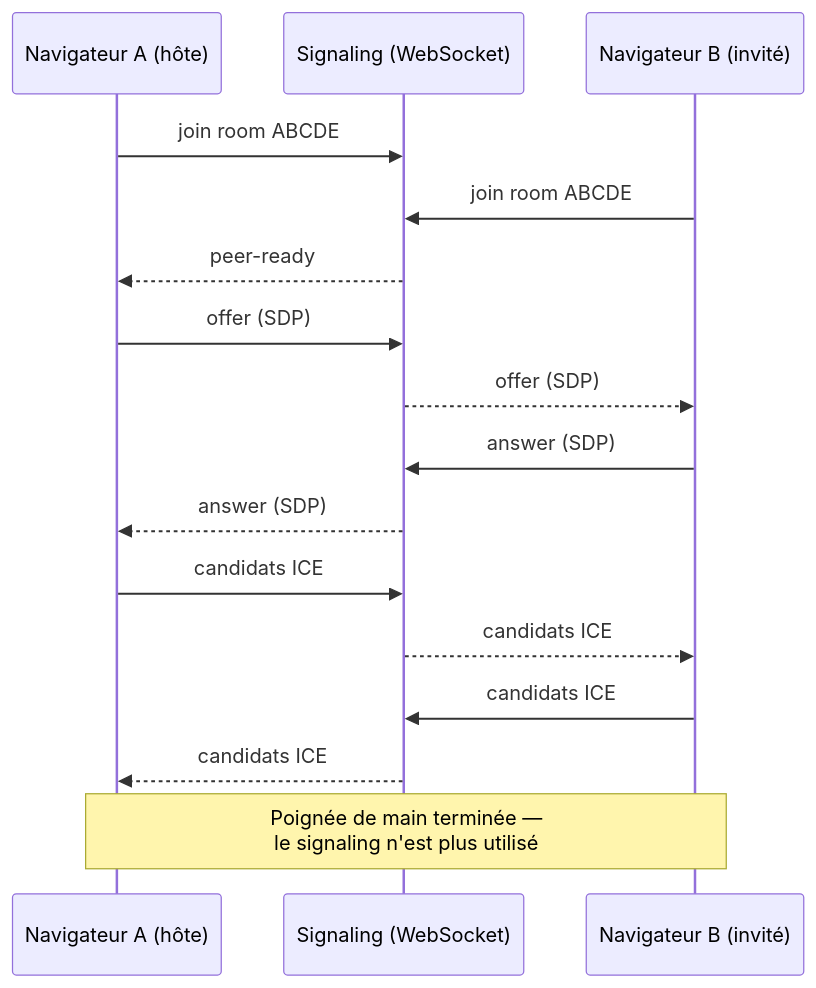
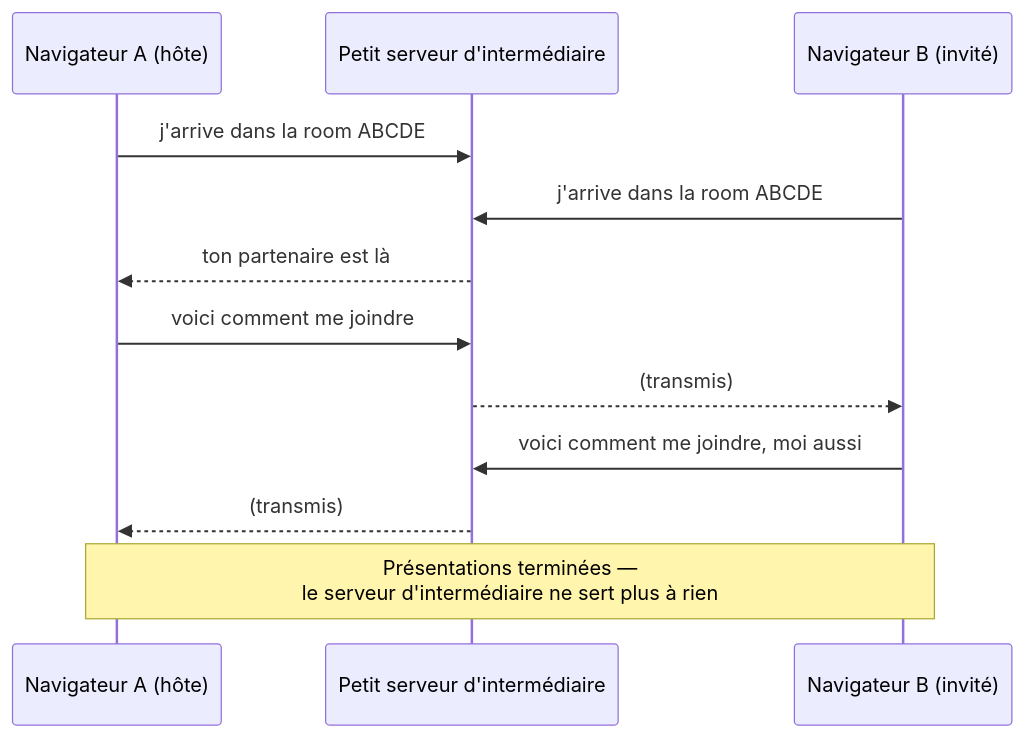
Before and after one commit to Pikatchu99/snaplover: the first of 2 diagrams in README.md, drawn with Mermaid. The commit also changed other lines of this file, not shown here.

First line of the commit message:
docs(repo): README encore plus accessible, moins de jargon technique

````diff
--- a/README.md
+++ b/README.md
@@ -48,19 +50,15 @@
 ```mermaid
 sequenceDiagram
     participant A as Navigateur A (hôte)
-    participant S as Signaling (WebSocket)
+    participant S as Petit serveur d'intermédiaire
     participant B as Navigateur B (invité)
 
-    A->>S: join room ABCDE
-    B->>S: join room ABCDE
-    S-->>A: peer-ready
-    A->>S: offer (SDP)
-    S-->>B: offer (SDP)
-    B->>S: answer (SDP)
-    S-->>A: answer (SDP)
-    A->>S: candidats ICE
-    S-->>B: candidats ICE
-    B->>S: candidats ICE
-    S-->>A: candidats ICE
-    Note over A,B: Poignée de main terminée —<br/>le signaling n'est plus utilisé
+    A->>S: j'arrive dans la room ABCDE
+    B->>S: j'arrive dans la room ABCDE
+    S-->>A: ton partenaire est là
+    A->>S: voici comment me joindre
+    S-->>B: (transmis)
+    B->>S: voici comment me joindre, moi aussi
+    S-->>A: (transmis)
+    Note over A,B: Présentations terminées —<br/>le serveur d'intermédiaire ne sert plus à rien
 ```
````
